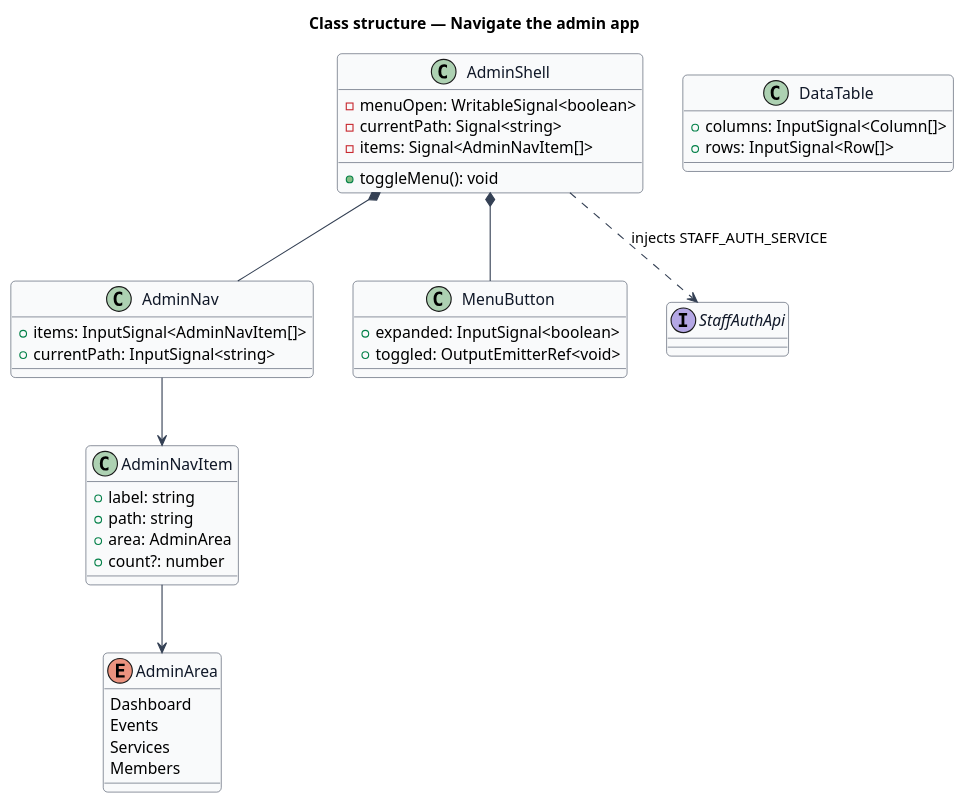
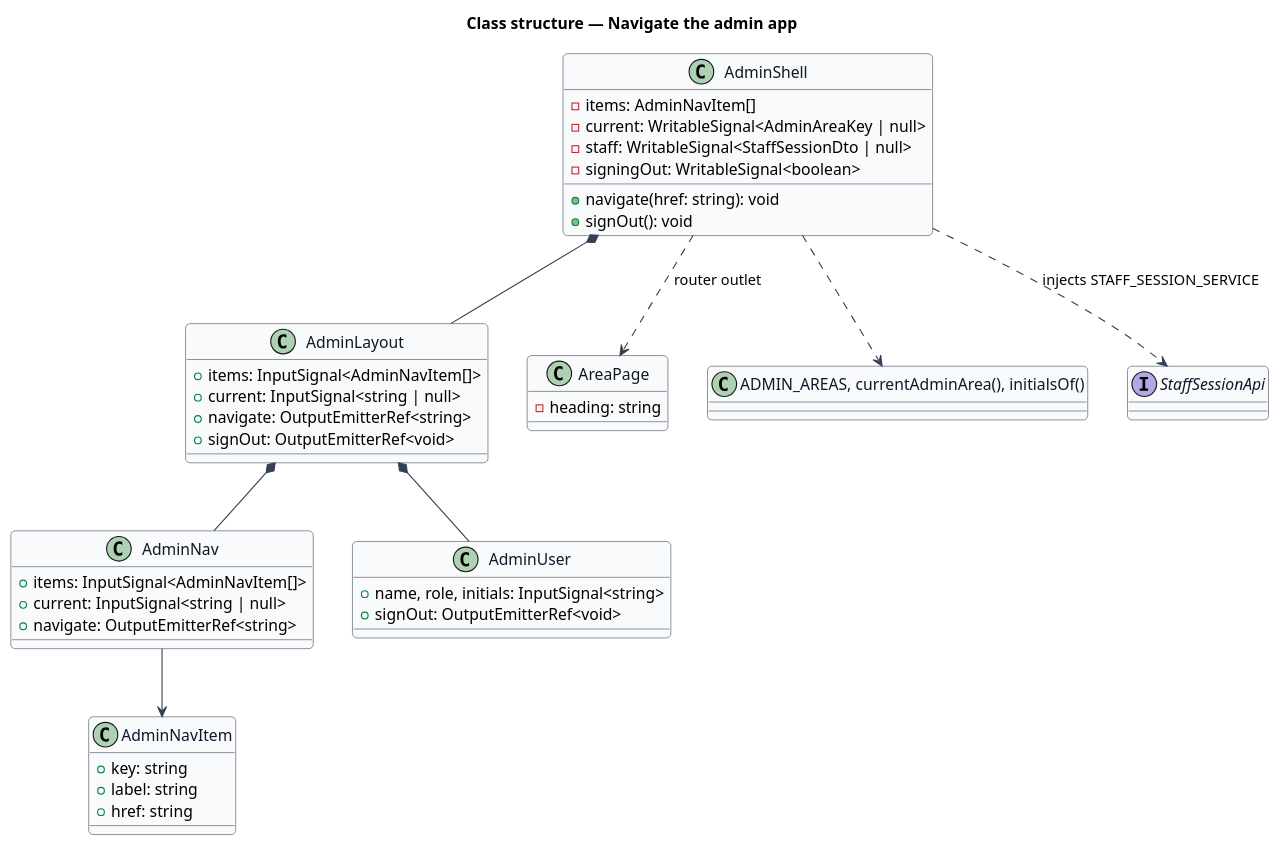
Before and after one commit to QuinntyneBrown/christian-fitness: the diagram in docs/detailed-designs/admin-access/navigate-admin-app/diagrams/class.puml, drawn with PlantUML. The commit also changed 77 other files, not shown here.

First line of the commit message:
Align requirements, designs and mocks with staff sign-in

```diff
--- a/docs/detailed-designs/admin-access/navigate-admin-app/diagrams/class.puml
+++ b/docs/detailed-designs/admin-access/navigate-admin-app/diagrams/class.puml
@@ -1,50 +1,54 @@
 @startuml
 skinparam backgroundColor #FFFFFF
 skinparam shadowing false
 skinparam roundcorner 8
 skinparam defaultFontName Arial
 skinparam ArrowColor #344054
 skinparam class {
   BorderColor #344054
   FontColor #101828
   BackgroundColor #F9FAFB
 }
 title Class structure — Navigate the admin app
 
 class AdminShell {
-  -menuOpen: WritableSignal<boolean>
-  -currentPath: Signal<string>
-  -items: Signal<AdminNavItem[]>
-  +toggleMenu(): void
+  -items: AdminNavItem[]
+  -current: WritableSignal<AdminAreaKey | null>
+  -staff: WritableSignal<StaffSessionDto | null>
+  -signingOut: WritableSignal<boolean>
+  +navigate(href: string): void
+  +signOut(): void
+}
+class AdminLayout {
+  +items: InputSignal<AdminNavItem[]>
+  +current: InputSignal<string | null>
+  +navigate: OutputEmitterRef<string>
+  +signOut: OutputEmitterRef<void>
 }
 class AdminNav {
   +items: InputSignal<AdminNavItem[]>
-  +currentPath: InputSignal<string>
+  +current: InputSignal<string | null>
+  +navigate: OutputEmitterRef<string>
 }
-class MenuButton {
-  +expanded: InputSignal<boolean>
-  +toggled: OutputEmitterRef<void>
+class AdminUser {
+  +name, role, initials: InputSignal<string>
+  +signOut: OutputEmitterRef<void>
 }
-class DataTable {
-  +columns: InputSignal<Column[]>
-  +rows: InputSignal<Row[]>
+class AreaPage {
+  -heading: string
 }
 class AdminNavItem {
+  +key: string
   +label: string
-  +path: string
-  +area: AdminArea
-  +count?: number
+  +href: string
 }
-enum AdminArea {
-  Dashboard
-  Events
-  Services
-  Members
-}
-interface StaffAuthApi
-AdminShell *-- AdminNav
-AdminShell *-- MenuButton
-AdminShell ..> StaffAuthApi : injects STAFF_AUTH_SERVICE
+class "ADMIN_AREAS, currentAdminArea(), initialsOf()" as domain
+interface StaffSessionApi
+AdminShell *-- AdminLayout
+AdminLayout *-- AdminNav
+AdminLayout *-- AdminUser
+AdminShell ..> AreaPage : router outlet
+AdminShell ..> StaffSessionApi : injects STAFF_SESSION_SERVICE
+AdminShell ..> domain
 AdminNav --> AdminNavItem
-AdminNavItem --> AdminArea
 @enduml
```
